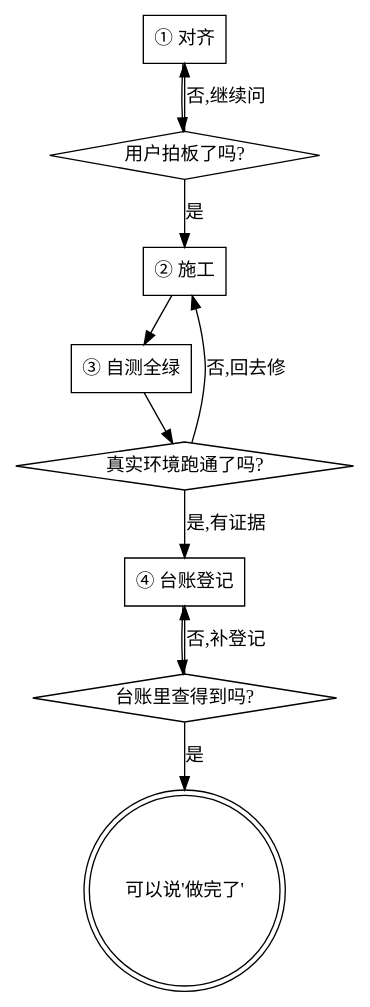
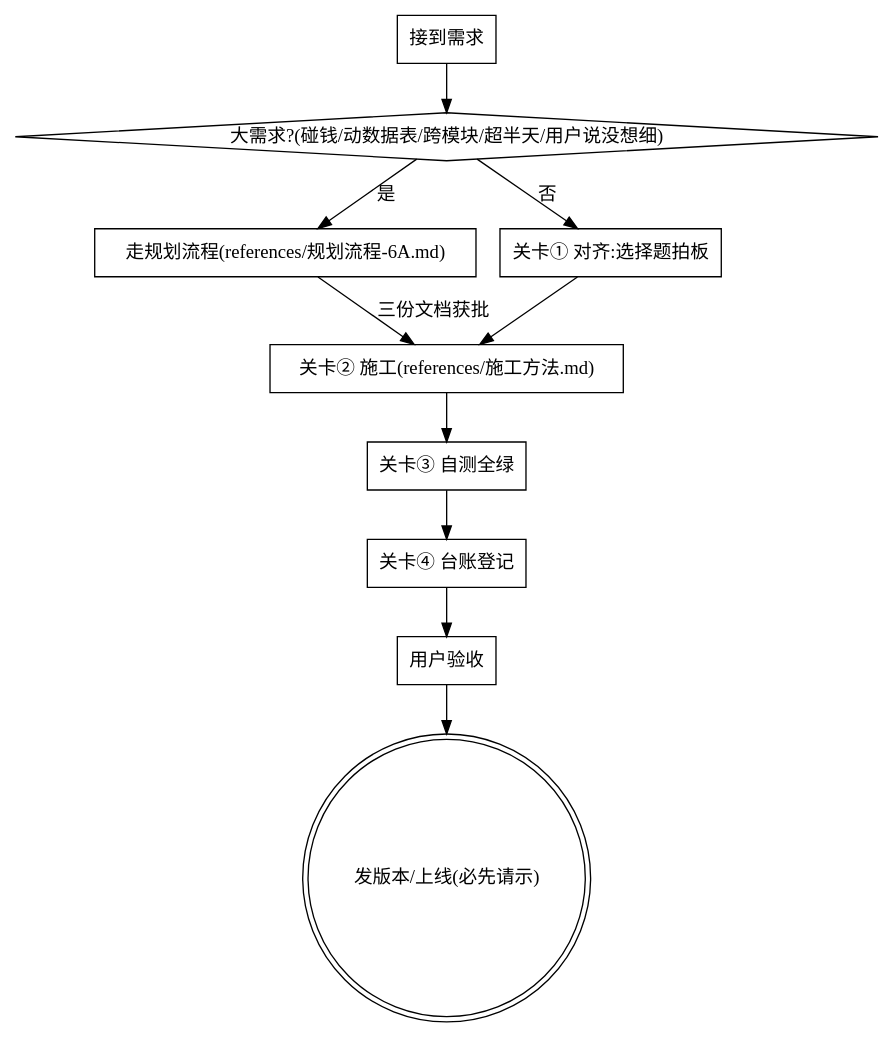
The diagram in vibe-workflow/SKILL.md (Rskyss/vb), drawn with Graphviz before and after one commit. The commit also changed other lines of this file and 3 other files, not shown here.

````diff
--- a/vibe-workflow/SKILL.md
+++ b/vibe-workflow/SKILL.md
@@ -20,23 +18,23 @@
 ```dot
-digraph gates {
-    "① 对齐" [shape=box];
-    "② 施工" [shape=box];
-    "③ 自测全绿" [shape=box];
-    "④ 台账登记" [shape=box];
-    "用户拍板了吗?" [shape=diamond];
-    "真实环境跑通了吗?" [shape=diamond];
-    "台账里查得到吗?" [shape=diamond];
-    "可以说'做完了'" [shape=doublecircle];
+digraph flow {
+    "接到需求" [shape=box];
+    "大需求?(碰钱/动数据表/跨模块/超半天/用户说没想细)" [shape=diamond];
+    "走规划流程(references/规划流程-6A.md)" [shape=box];
+    "关卡① 对齐:选择题拍板" [shape=box];
+    "关卡② 施工(references/施工方法.md)" [shape=box];
+    "关卡③ 自测全绿" [shape=box];
+    "关卡④ 台账登记" [shape=box];
+    "用户验收" [shape=box];
+    "发版本/上线(必先请示)" [shape=doublecircle];
 
-    "① 对齐" -> "用户拍板了吗?";
-    "用户拍板了吗?" -> "② 施工" [label="是"];
-    "用户拍板了吗?" -> "① 对齐" [label="否,继续问"];
-    "② 施工" -> "③ 自测全绿";
-    "③ 自测全绿" -> "真实环境跑通了吗?";
-    "真实环境跑通了吗?" -> "④ 台账登记" [label="是,有证据"];
-    "真实环境跑通了吗?" -> "② 施工" [label="否,回去修"];
-    "④ 台账登记" -> "台账里查得到吗?";
-    "台账里查得到吗?" -> "可以说'做完了'" [label="是"];
-    "台账里查得到吗?" -> "④ 台账登记" [label="否,补登记"];
+    "接到需求" -> "大需求?(碰钱/动数据表/跨模块/超半天/用户说没想细)";
+    "大需求?(碰钱/动数据表/跨模块/超半天/用户说没想细)" -> "走规划流程(references/规划流程-6A.md)" [label="是"];
+    "大需求?(碰钱/动数据表/跨模块/超半天/用户说没想细)" -> "关卡① 对齐:选择题拍板" [label="否"];
+    "走规划流程(references/规划流程-6A.md)" -> "关卡② 施工(references/施工方法.md)" [label="三份文档获批"];
+    "关卡① 对齐:选择题拍板" -> "关卡② 施工(references/施工方法.md)";
+    "关卡② 施工(references/施工方法.md)" -> "关卡③ 自测全绿";
+    "关卡③ 自测全绿" -> "关卡④ 台账登记";
+    "关卡④ 台账登记" -> "用户验收";
+    "用户验收" -> "发版本/上线(必先请示)";
 }
 ```
````
